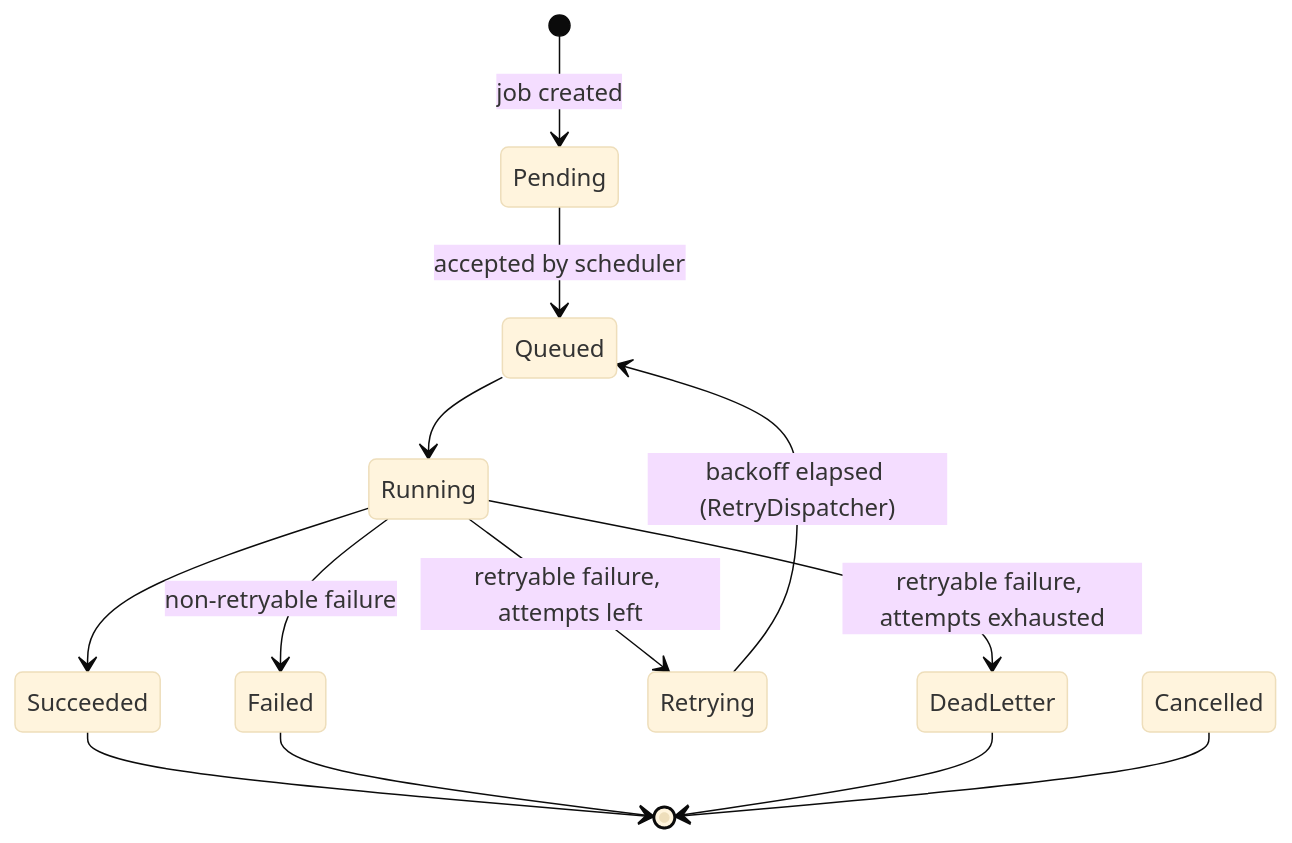
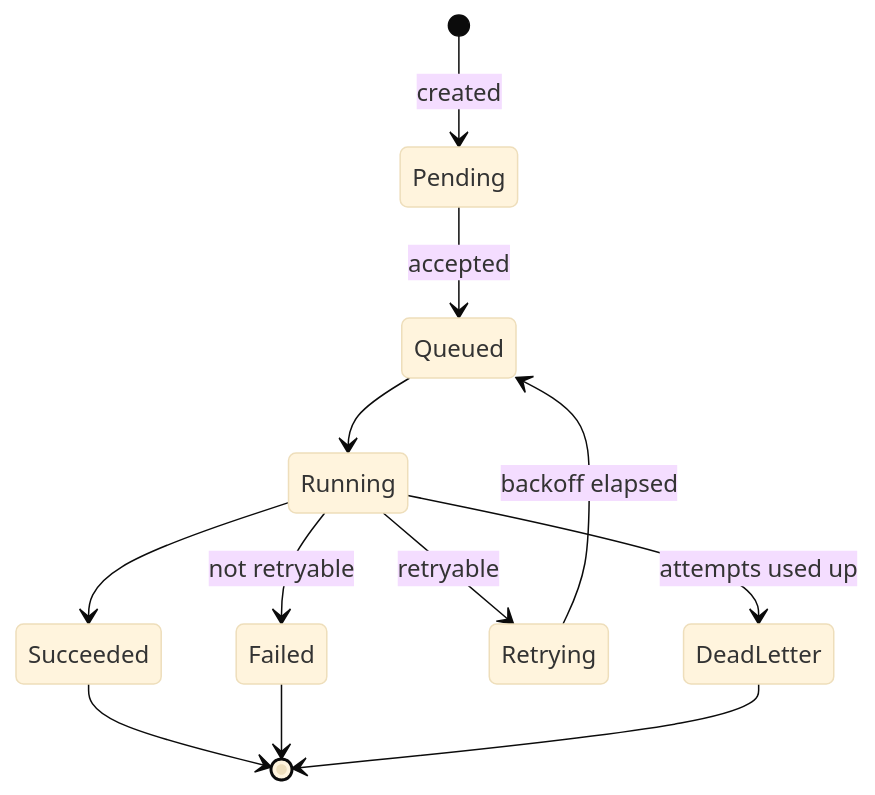
One commit to faiza-ijaz0/flowforge changed the third of 3 diagrams in README.md. Above: the diagram before and after it, drawn with Mermaid (base theme). The commit also changed other lines of this file, not shown here.

First line of the commit message:
docs: shorten README diagram labels so GitHub renders them unclipped

````diff
--- a/README.md
+++ b/README.md
@@ -252,15 +252,14 @@
 ```mermaid
 stateDiagram-v2
-    [*] --> Pending: job created
-    Pending --> Queued: accepted by scheduler
+    [*] --> Pending: created
+    Pending --> Queued: accepted
     Queued --> Running
     Running --> Succeeded
-    Running --> Failed: non-retryable failure
-    Running --> Retrying: retryable failure, attempts left
-    Retrying --> Queued: backoff elapsed (RetryDispatcher)
-    Running --> DeadLetter: retryable failure, attempts exhausted
+    Running --> Failed: not retryable
+    Running --> Retrying: retryable
+    Retrying --> Queued: backoff elapsed
+    Running --> DeadLetter: attempts used up
     Succeeded --> [*]
     Failed --> [*]
     DeadLetter --> [*]
-    Cancelled --> [*]
 ```
````
